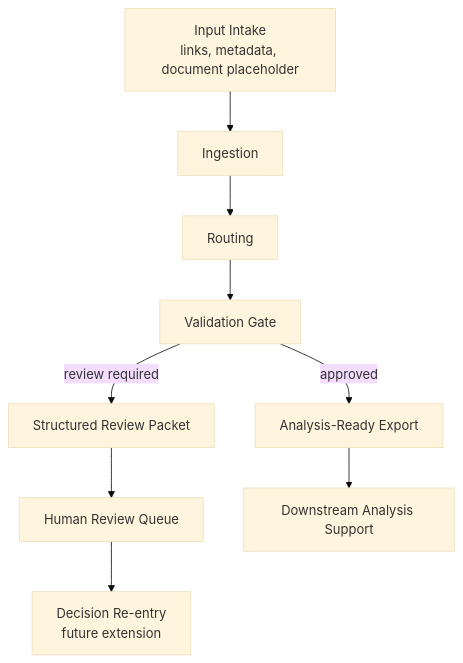
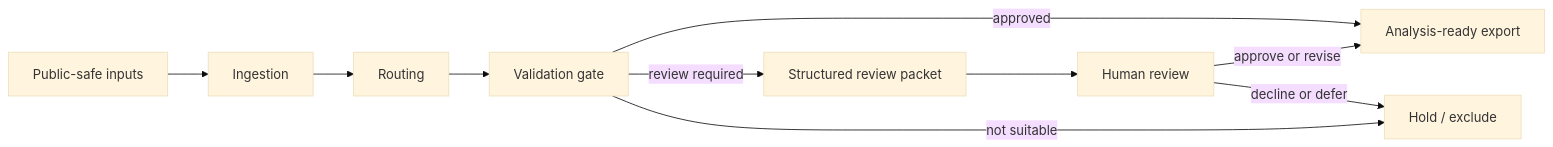
One commit to wcx13811718006-lang/review-gated-research-systems changed the first of 2 diagrams in docs/architecture.md. Above: the diagram before and after it, drawn with Mermaid (base theme). The commit also changed other lines of this file and 10 other files, not shown here.

Commit message:
Polish public showcase docs and diagrams

````diff
--- a/docs/architecture.md
+++ b/docs/architecture.md
@@ -7,11 +7,12 @@
 ```mermaid
-flowchart TD
-    A["Input Intake<br/>links, metadata, document placeholder"] --> B["Ingestion"]
+flowchart LR
+    A["Public-safe inputs"] --> B["Ingestion"]
     B --> C["Routing"]
-    C --> D["Validation Gate"]
-    D -->|approved| E["Analysis-Ready Export"]
-    D -->|review required| F["Structured Review Packet"]
-    F --> G["Human Review Queue"]
-    G --> H["Decision Re-entry<br/>future extension"]
-    E --> I["Downstream Analysis Support"]
+    C --> D["Validation gate"]
+    D -->|approved| E["Analysis-ready export"]
+    D -->|review required| F["Structured review packet"]
+    D -->|not suitable| G["Hold / exclude"]
+    F --> H["Human review"]
+    H -->|approve or revise| E
+    H -->|decline or defer| G
 ```
````
